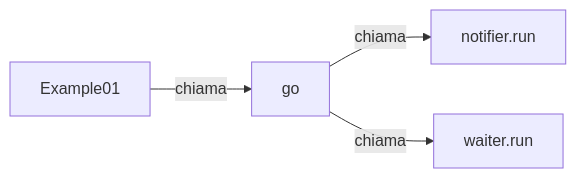
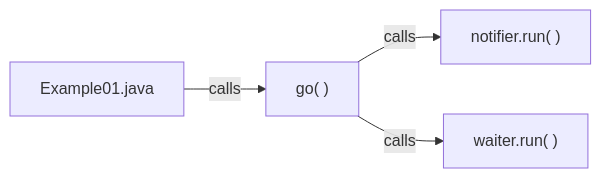
The diagram in JAVA/MARKDOWN/Example01.md (MarkGotLasagna/ingsoft), drawn with Mermaid before and after one commit. The commit also changed other lines of this file and 24 other files, not shown here.

````diff
--- a/JAVA/MARKDOWN/Example01.md
+++ b/JAVA/MARKDOWN/Example01.md
@@ -300,10 +301,10 @@
 ```mermaid
 flowchart LR
-	e[Example01]
-	g[go]
-	r[notifier.run]
-	ru[waiter.run]
-	e -- chiama --> g
-	g -- chiama --> r
-	g -- chiama --> ru
+	e["Example01.java"]
+	g["go( )"]
+	r["notifier.run( )"]
+	ru["waiter.run( )"]
+	e -- calls --> g
+	g -- calls --> r
+	g -- calls --> ru
 ```
````
